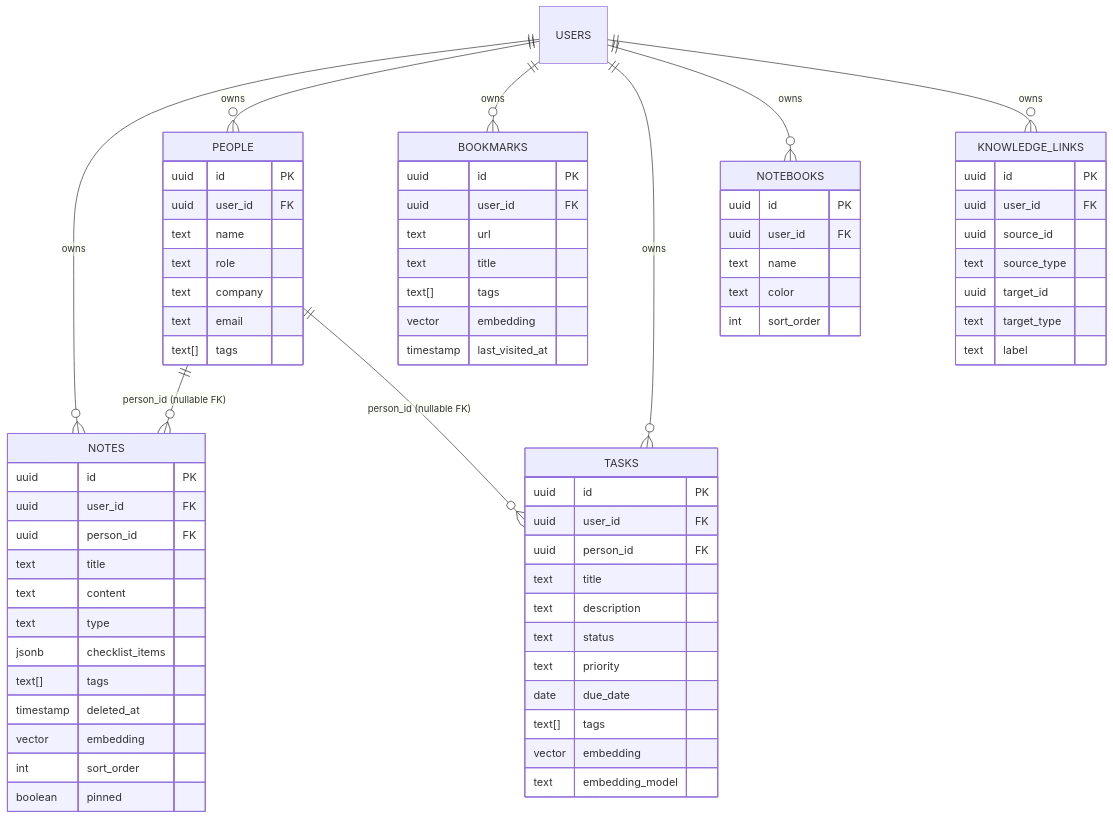
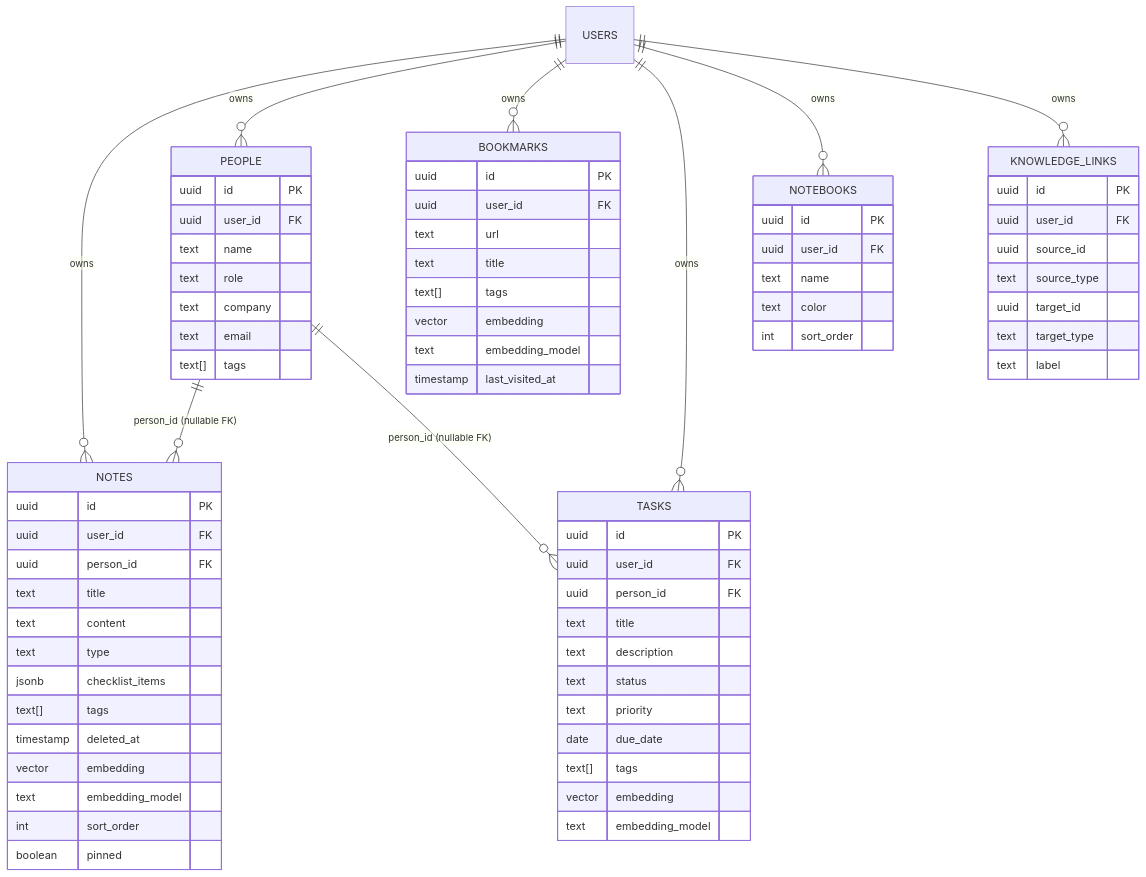
The second of 9 diagrams in docs/ARCHITECTURE.md (dotstell/dotstell), drawn with Mermaid before and after one commit. The commit also changed 1 other file, not shown here.

Commit message:
Extend browser-side Ollama embed pipeline to include tasks
- buildSearchIndexBrowserOllama() now fetches, embeds, and saves tasks alongside
  notes and bookmarks; grandTotal and items array updated accordingly
- Task embed text mirrors the server-side format: title + description + status/priority/due_date/tags
- Completion messages changed from "notes" to "items" in both the browser-side
  Ollama path and the server-side (PUT /api/ai/embed) path
- erDiagram in ARCHITECTURE.md: added embedding_model to NOTES and BOOKMARKS
  entities (was already present on TASKS)

````diff
--- a/docs/ARCHITECTURE.md
+++ b/docs/ARCHITECTURE.md
@@ -206,73 +206,75 @@
 ```mermaid
 erDiagram
     USERS ||--o{ NOTES : "owns"
     USERS ||--o{ PEOPLE : "owns"
     USERS ||--o{ BOOKMARKS : "owns"
     USERS ||--o{ TASKS : "owns"
     USERS ||--o{ NOTEBOOKS : "owns"
     USERS ||--o{ KNOWLEDGE_LINKS : "owns"
     PEOPLE ||--o{ NOTES : "person_id (nullable FK)"
     PEOPLE ||--o{ TASKS : "person_id (nullable FK)"
 
     NOTES {
         uuid id PK
         uuid user_id FK
         uuid person_id FK
         text title
         text content
         text type
         jsonb checklist_items
         text[] tags
         timestamp deleted_at
         vector embedding
+        text embedding_model
         int sort_order
         boolean pinned
     }
     PEOPLE {
         uuid id PK
         uuid user_id FK
         text name
         text role
         text company
         text email
         text[] tags
     }
     BOOKMARKS {
         uuid id PK
         uuid user_id FK
         text url
         text title
         text[] tags
         vector embedding
+        text embedding_model
         timestamp last_visited_at
     }
     TASKS {
         uuid id PK
         uuid user_id FK
         uuid person_id FK
         text title
         text description
         text status
         text priority
         date due_date
         text[] tags
         vector embedding
         text embedding_model
     }
     NOTEBOOKS {
         uuid id PK
         uuid user_id FK
         text name
         text color
         int sort_order
     }
     KNOWLEDGE_LINKS {
         uuid id PK
         uuid user_id FK
         uuid source_id
         text source_type
         uuid target_id
         text target_type
         text label
     }
 ```
````
